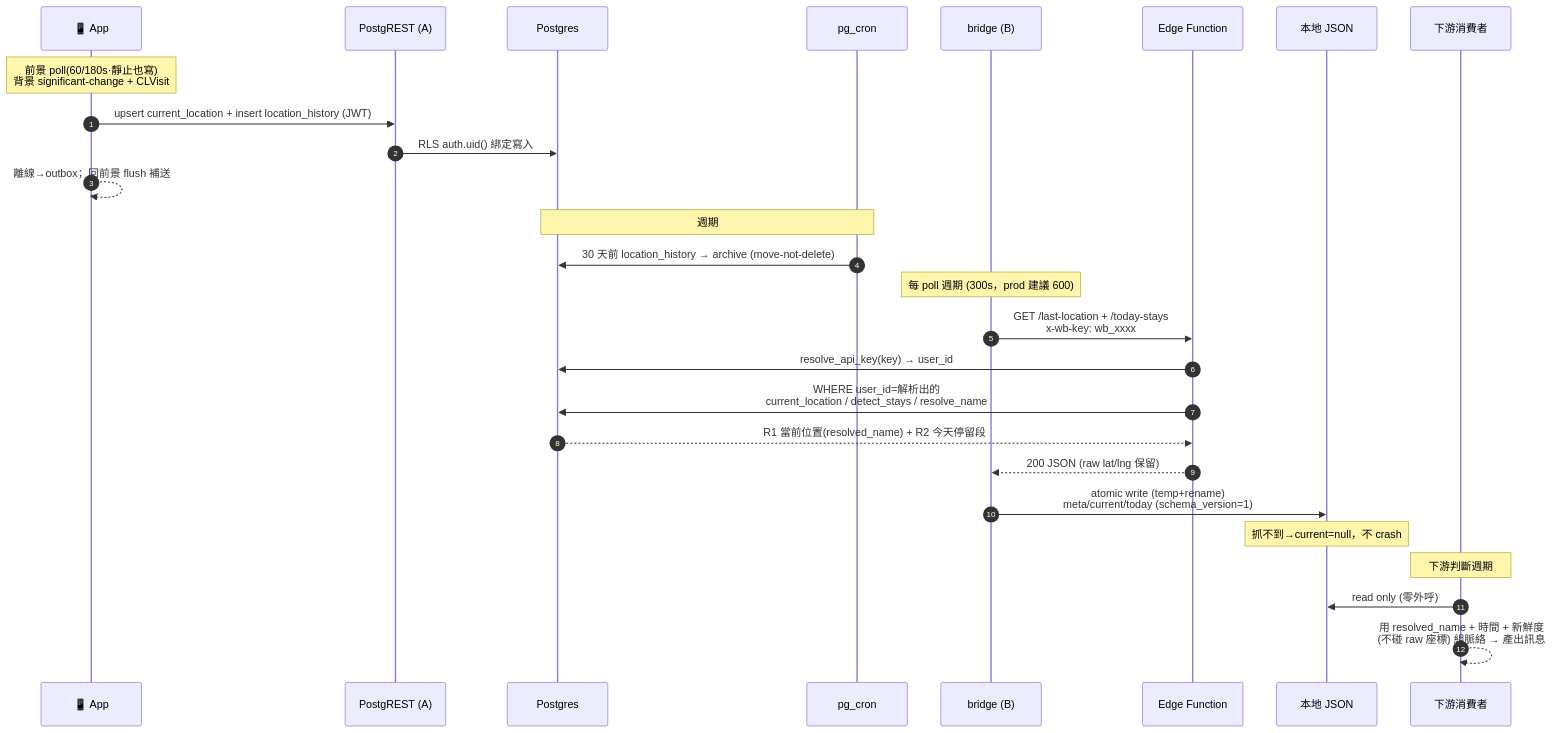
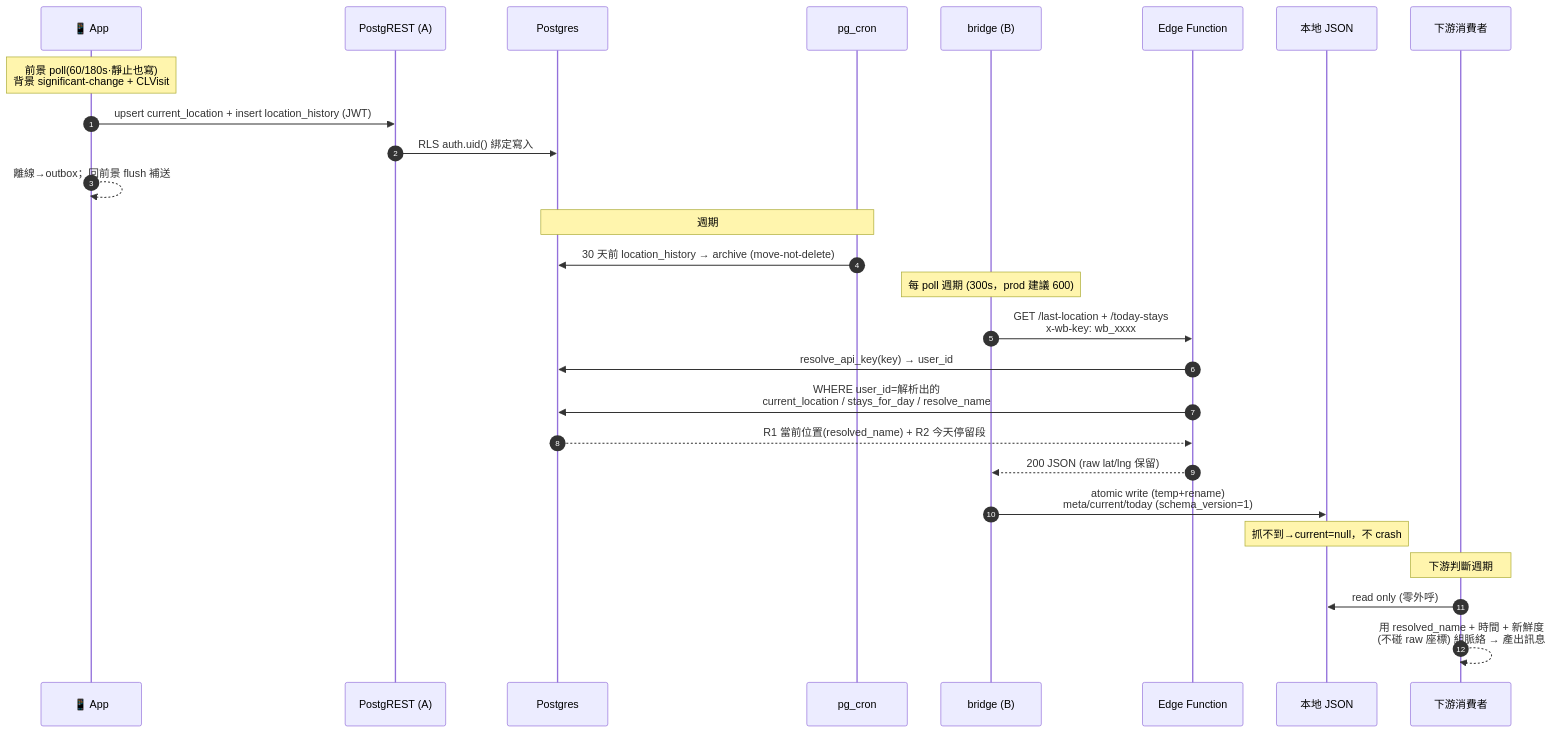
The third of 4 diagrams in docs/ARCHITECTURE.md (KerberosClaw/kc_wherebear_oss), drawn with Mermaid before and after one commit. The commit also changed other lines of this file and 7 other files, not shown here.

````diff
--- a/docs/ARCHITECTURE.md
+++ b/docs/ARCHITECTURE.md
@@ -167,33 +168,33 @@
 ```mermaid
 sequenceDiagram
     autonumber
     participant P as 📱 App
     participant R as PostgREST (A)
     participant DB as Postgres
     participant CR as pg_cron
     participant B as bridge (B)
     participant EF as Edge Function
     participant J as 本地 JSON
     participant AG as 下游消費者
 
     Note over P: 前景 poll(60/180s·靜止也寫)<br/>背景 significant-change + CLVisit
     P->>R: upsert current_location + insert location_history (JWT)
     R->>DB: RLS auth.uid() 綁定寫入
     P-->>P: 離線→outbox；回前景 flush 補送
 
     Note over CR,DB: 週期
     CR->>DB: 30 天前 location_history → archive (move-not-delete)
 
     Note over B: 每 poll 週期 (300s，prod 建議 600)
     B->>EF: GET /last-location + /today-stays<br/>x-wb-key: wb_xxxx
     EF->>DB: resolve_api_key(key) → user_id
-    EF->>DB: WHERE user_id=解析出的<br/>current_location / detect_stays / resolve_name
+    EF->>DB: WHERE user_id=解析出的<br/>current_location / stays_for_day / resolve_name
     DB-->>EF: R1 當前位置(resolved_name) + R2 今天停留段
     EF-->>B: 200 JSON (raw lat/lng 保留)
     B->>J: atomic write (temp+rename)<br/>meta/current/today (schema_version=1)
     Note over J: 抓不到→current=null，不 crash
 
     Note over AG: 下游判斷週期
     AG->>J: read only (零外呼)
     AG-->>AG: 用 resolved_name + 時間 + 新鮮度<br/>(不碰 raw 座標) 組脈絡 → 產出訊息
 ```
````
